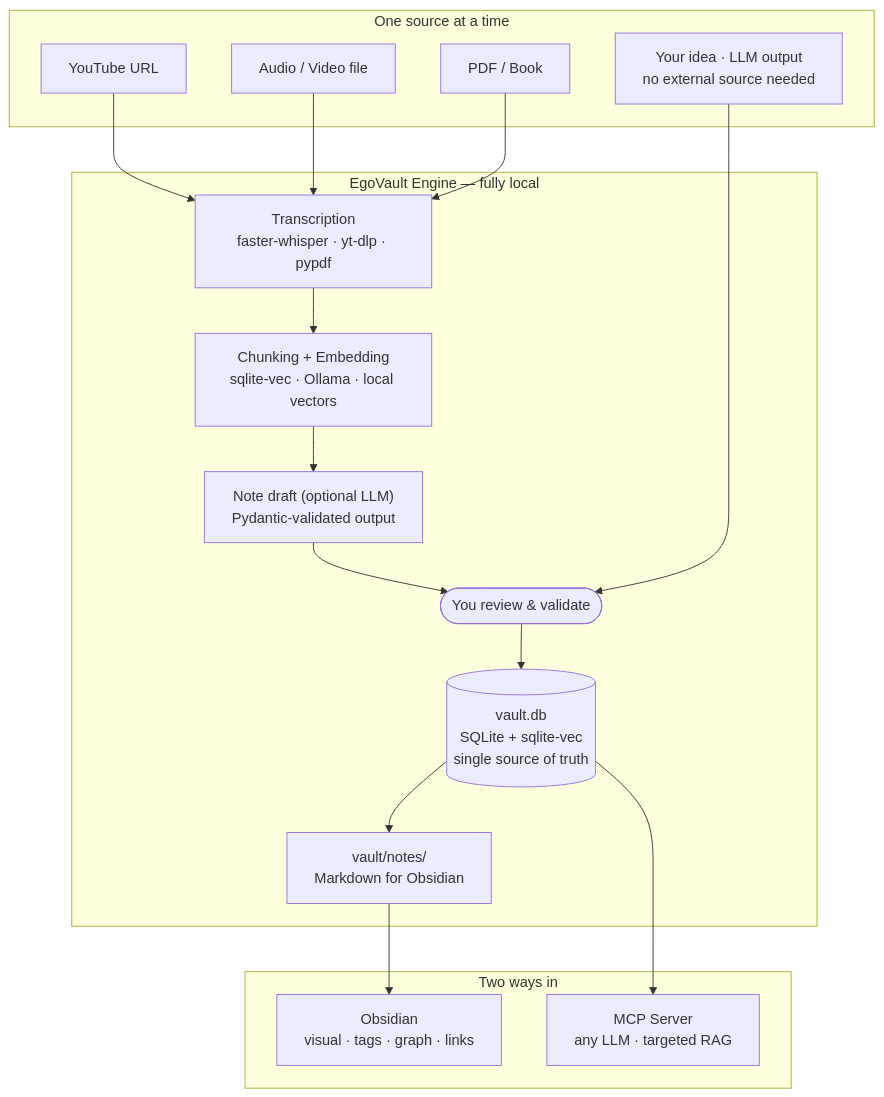
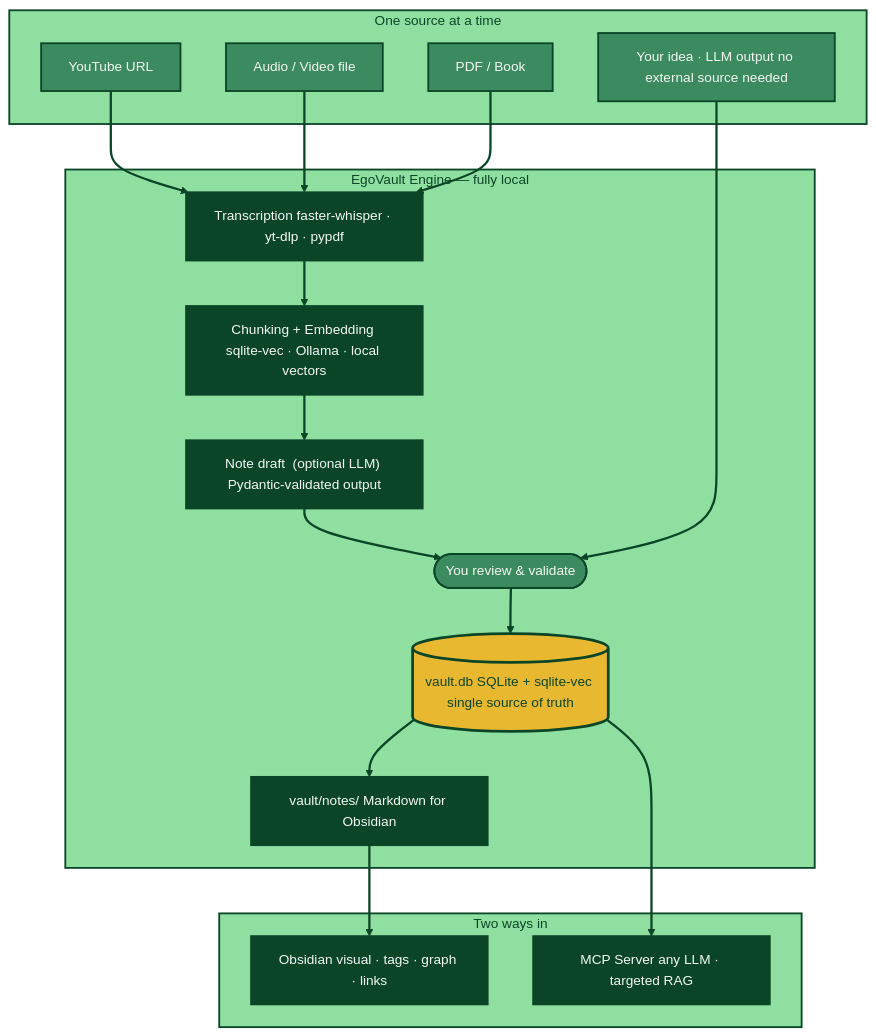
One commit to Vincent-20-100/egovault changed the first of 3 diagrams in README.md. Above: the diagram before and after it, drawn with Mermaid. The commit also changed other lines of this file and 5 other files, not shown here.

First line of the commit message:
docs: brand identity — pixel banner, logo set, themed mermaid diagrams

````diff
--- a/README.md
+++ b/README.md
@@ -43,28 +47,41 @@
 ```mermaid
+%%{init: {'theme':'base','themeVariables':{'fontFamily':'ui-sans-serif, system-ui, -apple-system, Segoe UI, sans-serif','fontSize':'15px','primaryColor':'#0B4527','primaryTextColor':'#F5F9F4','primaryBorderColor':'#0B4527','lineColor':'#0B4527','secondaryColor':'#3C8A5F','tertiaryColor':'#8FE0A0'}}}%%
 flowchart TD
+    classDef source fill:#3C8A5F,stroke:#0B4527,stroke-width:2px,color:#F5F9F4
+    classDef engine fill:#0B4527,stroke:#0B4527,stroke-width:2px,color:#F5F9F4
+    classDef human fill:#3C8A5F,stroke:#0B4527,stroke-width:2px,color:#F5F9F4
+    classDef store fill:#E8B830,stroke:#0B4527,stroke-width:3px,color:#0B4527
+    classDef access fill:#0B4527,stroke:#0B4527,stroke-width:2px,color:#F5F9F4
+
     subgraph SOURCES["One source at a time"]
-        Y["YouTube URL"]
-        A["Audio / Video file"]
-        P["PDF / Book"]
-        I["Your idea · LLM output\nno external source needed"]
+        Y["YouTube URL"]:::source
+        A["Audio / Video file"]:::source
+        P["PDF / Book"]:::source
+        I["Your idea · LLM output no external source needed"]:::source
     end
 
     subgraph ENGINE["EgoVault Engine — fully local"]
-        T["Transcription\nfaster-whisper · yt-dlp · pypdf"]
-        C["Chunking + Embedding\nsqlite-vec · Ollama · local vectors"]
-        L["Note draft  (optional LLM)\nPydantic-validated output"]
-        H(["You review & validate"])
-        DB[("vault.db\nSQLite + sqlite-vec\nsingle source of truth")]
-        VLT["vault/notes/\nMarkdown for Obsidian"]
+        T["Transcription faster-whisper · yt-dlp · pypdf"]:::engine
+        C["Chunking + Embedding sqlite-vec · Ollama · local vectors"]:::engine
+        L["Note draft  (optional LLM) Pydantic-validated output"]:::engine
+        H(["You review & validate"]):::human
+        DB[("vault.db SQLite + sqlite-vec single source of truth")]:::store
+        VLT["vault/notes/ Markdown for Obsidian"]:::engine
     end
 
     subgraph ACCESS["Two ways in"]
-        OB["Obsidian\nvisual · tags · graph · links"]
-        MCP["MCP Server\nany LLM · targeted RAG"]
+        OB["Obsidian visual · tags · graph · links"]:::access
+        MCP["MCP Server any LLM · targeted RAG"]:::access
     end
 
     Y & A & P --> T --> C --> L --> H --> DB
     I --> H
     DB --> VLT --> OB
     DB --> MCP
+
+    style SOURCES fill:#8FE0A0,stroke:#0B4527,stroke-width:2px,color:#0B4527
+    style ENGINE fill:#8FE0A0,stroke:#0B4527,stroke-width:2px,color:#0B4527
+    style ACCESS fill:#8FE0A0,stroke:#0B4527,stroke-width:2px,color:#0B4527
+
+    linkStyle default stroke:#0B4527,stroke-width:2.5px
 ```
````
